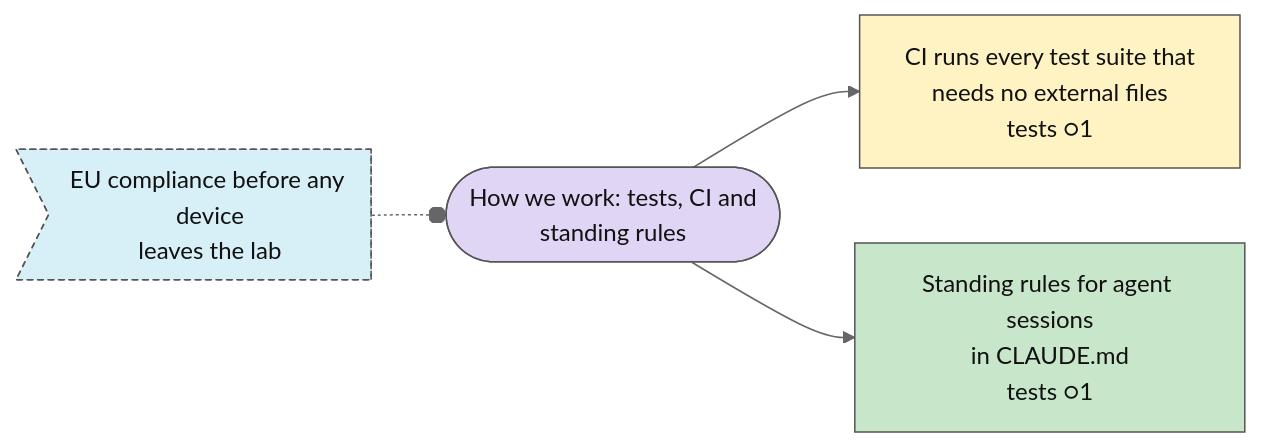
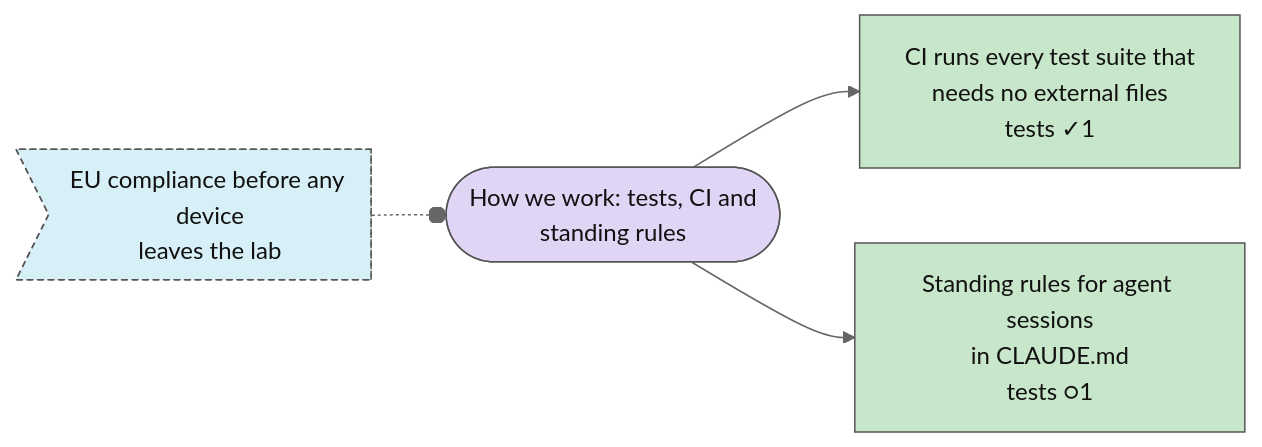
One commit to Sigurius23/Rehab-agent changed the seventh of 7 diagrams in plan/MAP.md. Above: the diagram before and after it, drawn with Mermaid (neutral theme). The commit also changed other lines of this file and 3 other files, not shown here.

````diff
--- a/plan/MAP.md
+++ b/plan/MAP.md
@@ -418,29 +418,29 @@
 ```mermaid
 flowchart LR
   n0(["How we work: tests, CI and<br/>standing rules"]):::goal_open
   n1>"EU compliance before any device<br/>leaves the lab"]:::idea_new
-  n2["CI runs every test suite that<br/>needs no external files<br/>tests ○1"]:::step_doing
+  n2["CI runs every test suite that<br/>needs no external files<br/>tests ✓1"]:::step_done
   n3["Standing rules for agent sessions<br/>in CLAUDE.md<br/>tests ○1"]:::step_done
   n1 -.-o n0
   n0 --> n2
   n0 --> n3
   classDef goal_open fill:#e1d5f5,stroke:#555,color:#111
   classDef goal_done fill:#c8e6c9,stroke:#555,color:#111
   classDef step_open fill:#ffffff,stroke:#555,color:#111
   classDef step_doing fill:#fff3c4,stroke:#555,color:#111
   classDef step_done fill:#c8e6c9,stroke:#555,color:#111
   classDef step_blocked fill:#ffe0b2,stroke:#555,color:#111
   classDef step_dropped fill:#eeeeee,stroke:#555,color:#111
   classDef test_planned fill:#ffffff,stroke:#555,color:#111
   classDef test_running fill:#fff3c4,stroke:#555,color:#111
   classDef test_passed fill:#c8e6c9,stroke:#555,color:#111
   classDef test_failed fill:#ffcdd2,stroke:#555,color:#111
   classDef test_mixed fill:#fff3c4,stroke:#555,color:#111
   classDef test_dropped fill:#eeeeee,stroke:#555,color:#111
   classDef idea_new fill:#d7f0f7,stroke:#555,color:#111,stroke-dasharray: 4 3
   classDef idea_promoted fill:#eeeeee,stroke:#555,color:#111,stroke-dasharray: 4 3
   classDef idea_dropped fill:#eeeeee,stroke:#555,color:#111,stroke-dasharray: 4 3
   classDef decision_open fill:#ffe0b2,stroke:#555,color:#111
   classDef decision_decided fill:#ffe0b2,stroke:#555,color:#111
   classDef external fill:#f5f5f5,stroke:#aaa,color:#777,stroke-dasharray: 2 2
 ```
````
